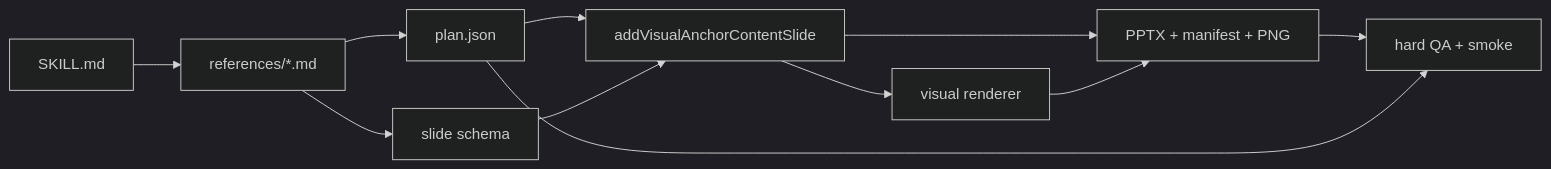
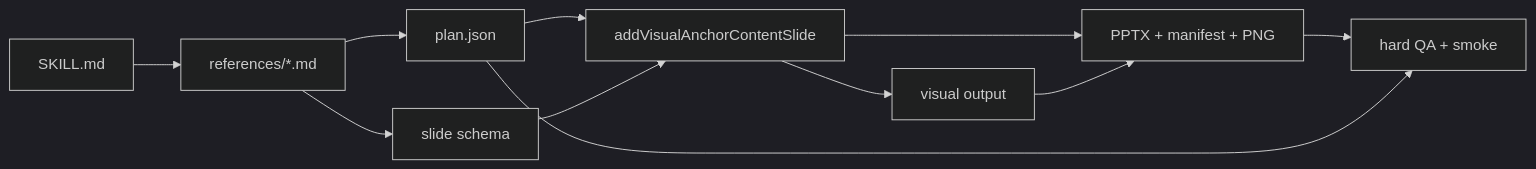
Before and after one commit to MozhiJiawei/hw-ppt-gen: the first of 3 diagrams in doc/architecture_design.md, drawn with Mermaid (dark theme). The commit also changed other lines of this file and 20 other files, not shown here.

````diff
--- a/doc/architecture_design.md
+++ b/doc/architecture_design.md
@@ -91,22 +91,22 @@
 ```mermaid
 flowchart LR
   skill["SKILL.md"]
   refs["references/*.md"]
   plan["plan.json"]
   schema["slide schema"]
   compose["addVisualAnchorContentSlide"]
-  render["visual renderer"]
+  render["visual output"]
   artifacts["PPTX + manifest + PNG"]
   qa["hard QA + smoke"]
 
   skill --> refs
   refs --> plan
   refs --> schema
   plan --> compose
   schema --> compose
   compose --> render
   compose --> artifacts
   render --> artifacts
   artifacts --> qa
   plan --> qa
 ```
````
